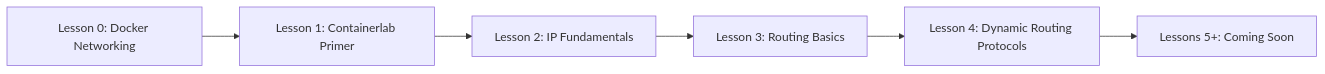
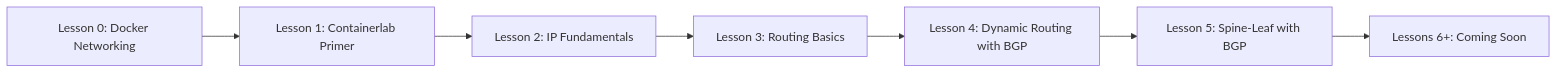
One commit to lourencovales/kubecraft-networking changed the diagram in lessons/clab/README.md. Above: the diagram before and after it, drawn with Mermaid. The commit also changed other lines of this file and 3 other files, not shown here.

````diff
--- a/lessons/clab/README.md
+++ b/lessons/clab/README.md
@@ -9,8 +9,9 @@
 ```mermaid
 graph LR
     L0[Lesson 0: Docker Networking] --> L1[Lesson 1: Containerlab Primer]
     L1 --> L2[Lesson 2: IP Fundamentals]
     L2 --> L3[Lesson 3: Routing Basics]
-    L3 --> L4[Lesson 4: Dynamic Routing Protocols]
-    L4 --> L5[Lessons 5+: Coming Soon]
+    L3 --> L4[Lesson 4: Dynamic Routing with BGP]
+    L4 --> L5[Lesson 5: Spine-Leaf with BGP]
+    L5 --> L6[Lessons 6+: Coming Soon]
 ```
````
